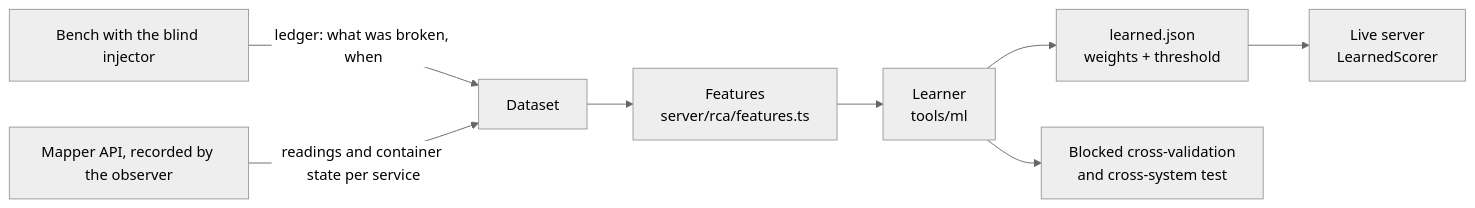
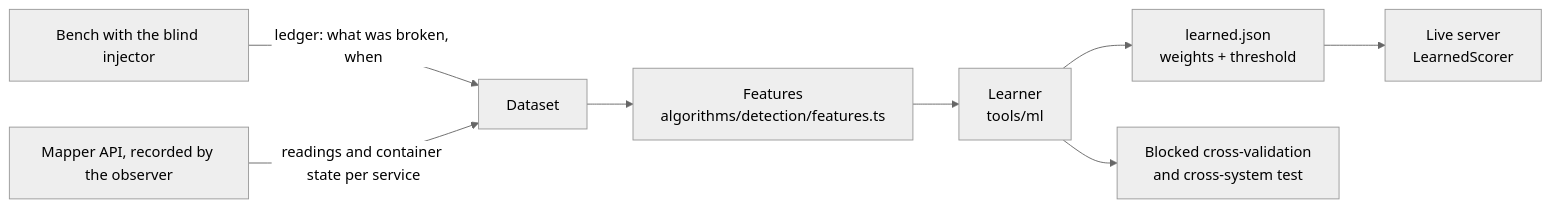
The first of 2 diagrams in wiki/41-learning-and-calibration.md (Royson-salis-18/microservice-mapper), drawn with Mermaid (neutral theme) before and after one commit. The commit also changed other lines of this file and 235 other files, not shown here.

````diff
--- a/wiki/41-learning-and-calibration.md
+++ b/wiki/41-learning-and-calibration.md
@@ -5,10 +5,10 @@
 ```mermaid
 flowchart LR
   A[Bench with the blind injector] -->|ledger: what was broken, when| D[Dataset]
   B[Mapper API, recorded by the observer] -->|readings and container state per service| D
-  D --> F[Features<br/>server/rca/features.ts]
+  D --> F[Features<br/>algorithms/detection/features.ts]
   F --> L[Learner<br/>tools/ml]
   L --> M[learned.json<br/>weights + threshold]
   M --> S[Live server<br/>LearnedScorer]
   L --> V[Blocked cross-validation<br/>and cross-system test]
 ```
````
